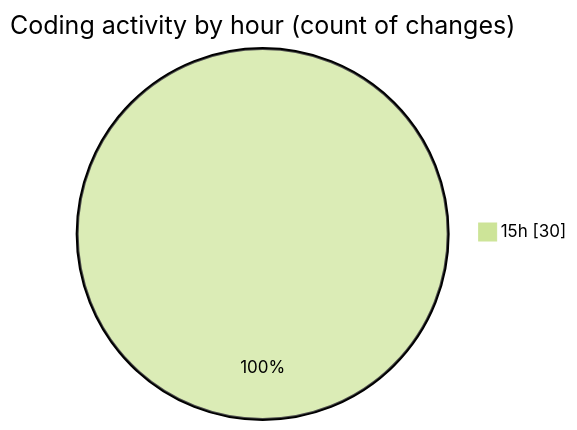
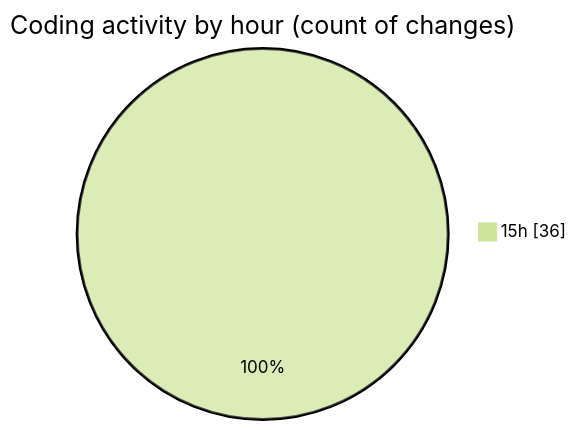
The second of 2 diagrams in 2025-09-01/project_3/README.md (IJAZ3593/code-tracking), drawn with Mermaid (forest theme) before and after one commit. The commit also changed other lines of this file and 1 other file, not shown here.

````diff
--- a/2025-09-01/project_3/README.md
+++ b/2025-09-01/project_3/README.md
@@ -36,5 +36,5 @@
 ```mermaid
 pie showData
 title Coding activity by hour (count of changes)
-"15h" : 30
+"15h" : 36
 ```
````
